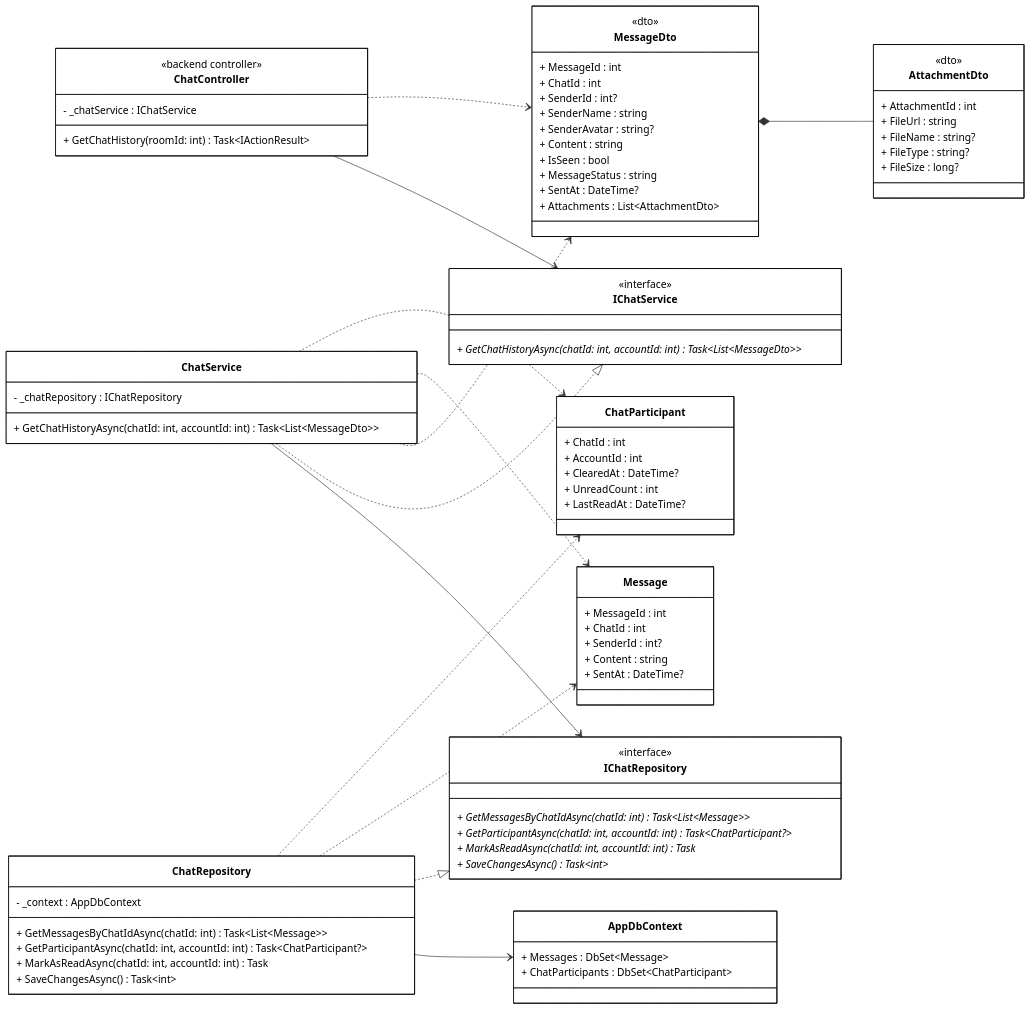
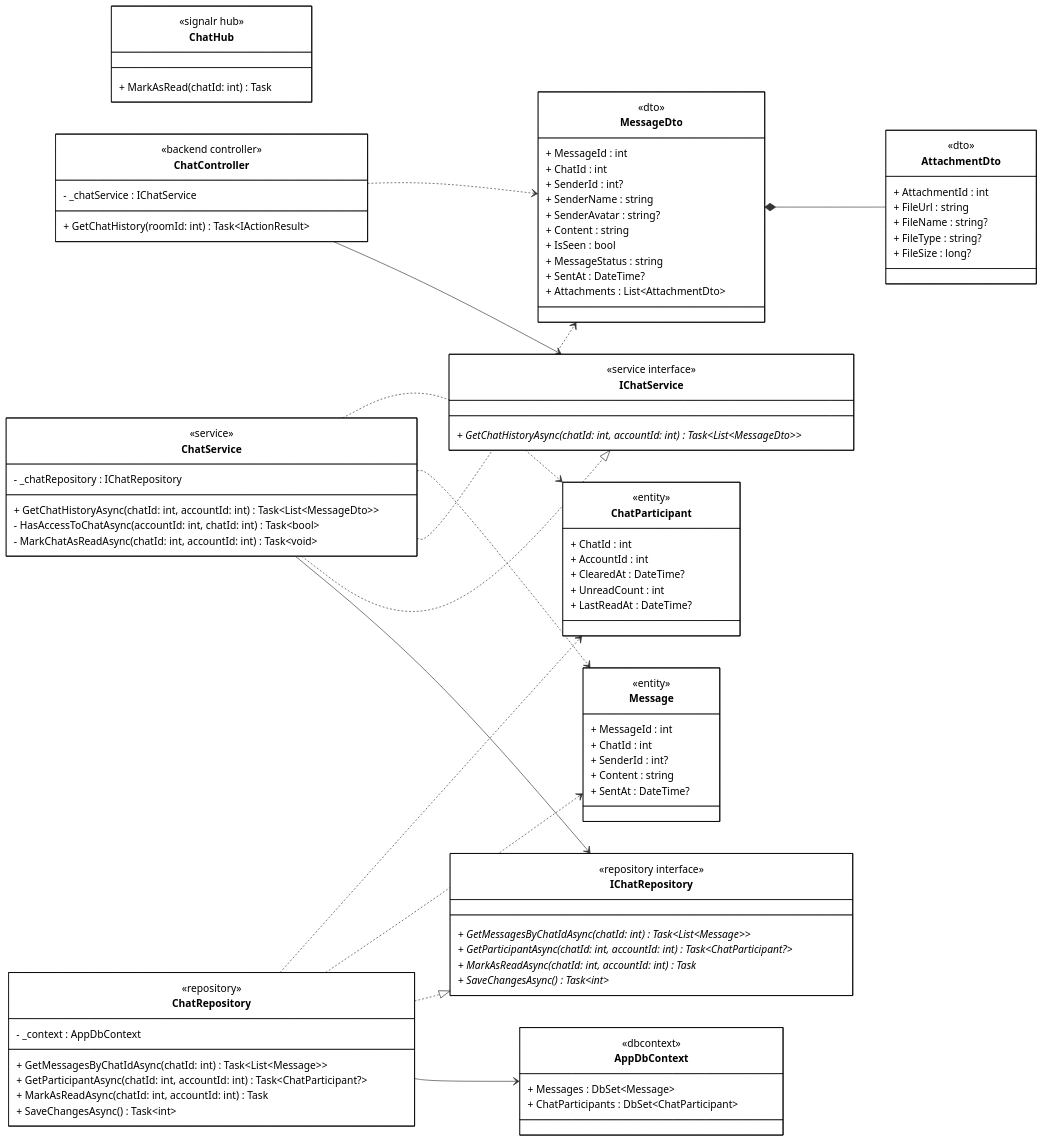
Before and after one commit to 1000do/Linked: the diagram in diagrams/class_mermaid/chat/cls_mm_view_chat_history.mmd, drawn with Mermaid. The commit also changed 34 other files, not shown here.

Commit message:
docs: generate mermaid class diagrams and plantuml sequence diagrams for chat, notification, cart, and instructor application features

```diff
--- a/diagrams/class_mermaid/chat/cls_mm_view_chat_history.mmd
+++ b/diagrams/class_mermaid/chat/cls_mm_view_chat_history.mmd
@@ -1,120 +1,132 @@
 classDiagram
 direction LR
 
-%% ==================== BACKEND - CONTROLLER ====================
+%% ==================== BACKEND - HUB & CONTROLLERS ====================
+
+class ChatHub {
+    <<signalr hub>>
+    + MarkAsRead(chatId: int) Task
+}
 
 class ChatControllerBE["ChatController"] {
     <<backend controller>>
     - _chatService : IChatService
     + GetChatHistory(roomId: int) Task~IActionResult~
 }
 
 %% ==================== BACKEND - DTOs ====================
 
 class MessageDto {
     <<dto>>
     + MessageId : int
     + ChatId : int
     + SenderId : int?
     + SenderName : string
     + SenderAvatar : string?
     + Content : string
     + IsSeen : bool
     + MessageStatus : string
     + SentAt : DateTime?
     + Attachments : List~AttachmentDto~
 }
 
 class AttachmentDto {
     <<dto>>
     + AttachmentId : int
     + FileUrl : string
     + FileName : string?
     + FileType : string?
     + FileSize : long?
 }
 
 %% ==================== BACKEND - DOMAIN ENTITIES ====================
 
 class Message {
+    <<entity>>
     + MessageId : int
     + ChatId : int
     + SenderId : int?
     + Content : string
     + SentAt : DateTime?
 }
 
 class ChatParticipant {
+    <<entity>>
     + ChatId : int
     + AccountId : int
     + ClearedAt : DateTime?
     + UnreadCount : int
     + LastReadAt : DateTime?
 }
 
 %% ==================== BACKEND - SERVICE INTERFACES ====================
 
 class IChatService {
-    <<interface>>
+    <<service interface>>
     + GetChatHistoryAsync(chatId: int, accountId: int) Task~List~MessageDto~~ *
 }
 
 %% ==================== BACKEND - REPOSITORY INTERFACES ====================
 
 class IChatRepository {
-    <<interface>>
+    <<repository interface>>
     + GetMessagesByChatIdAsync(chatId: int) Task~List~Message~~ *
     + GetParticipantAsync(chatId: int, accountId: int) Task~ChatParticipant?~ *
     + MarkAsReadAsync(chatId: int, accountId: int) Task *
     + SaveChangesAsync() Task~int~ *
 }
 
 %% ==================== BACKEND - SERVICE IMPLEMENTATION ====================
 
 class ChatService {
+    <<service>>
     - _chatRepository : IChatRepository
     + GetChatHistoryAsync(chatId: int, accountId: int) Task~List~MessageDto~~
+    - HasAccessToChatAsync(accountId: int, chatId: int) Task~bool~
+    - MarkChatAsReadAsync(chatId: int, accountId: int) Task~void~
 }
 
 %% ==================== BACKEND - REPOSITORY IMPLEMENTATION ====================
 
 class ChatRepository {
+    <<repository>>
     - _context : AppDbContext
     + GetMessagesByChatIdAsync(chatId: int) Task~List~Message~~
     + GetParticipantAsync(chatId: int, accountId: int) Task~ChatParticipant?~
     + MarkAsReadAsync(chatId: int, accountId: int) Task
     + SaveChangesAsync() Task~int~
 }
 
 %% ==================== BACKEND - DbContext ====================
 
 class AppDbContext {
+    <<dbcontext>>
     + Messages : DbSet~Message~
     + ChatParticipants : DbSet~ChatParticipant~
 }
 
 %% ==================== RELATIONSHIPS ====================
 
 %% === UNIDIRECTIONAL ASSOCIATION ===
 ChatControllerBE --> IChatService
 ChatService --> IChatRepository
 ChatRepository --> AppDbContext
 
 %% === COMPOSITION / BIDIRECTIONAL ASSOCIATION ===
 MessageDto *-- AttachmentDto
 
 %% === INTERFACE REALIZATION ===
 ChatService ..|> IChatService
 ChatRepository ..|> IChatRepository
 
 %% === DEPENDENCY ===
 ChatControllerBE ..> MessageDto
 ChatService ..> MessageDto
 ChatService ..> Message
 ChatService ..> ChatParticipant
 ChatRepository ..> Message
 ChatRepository ..> ChatParticipant
 
 %% ==================== STYLES ====================
 
 classDef default fill:#FFFFFF,stroke:#000000,stroke-width:1px,color:#000000
```
